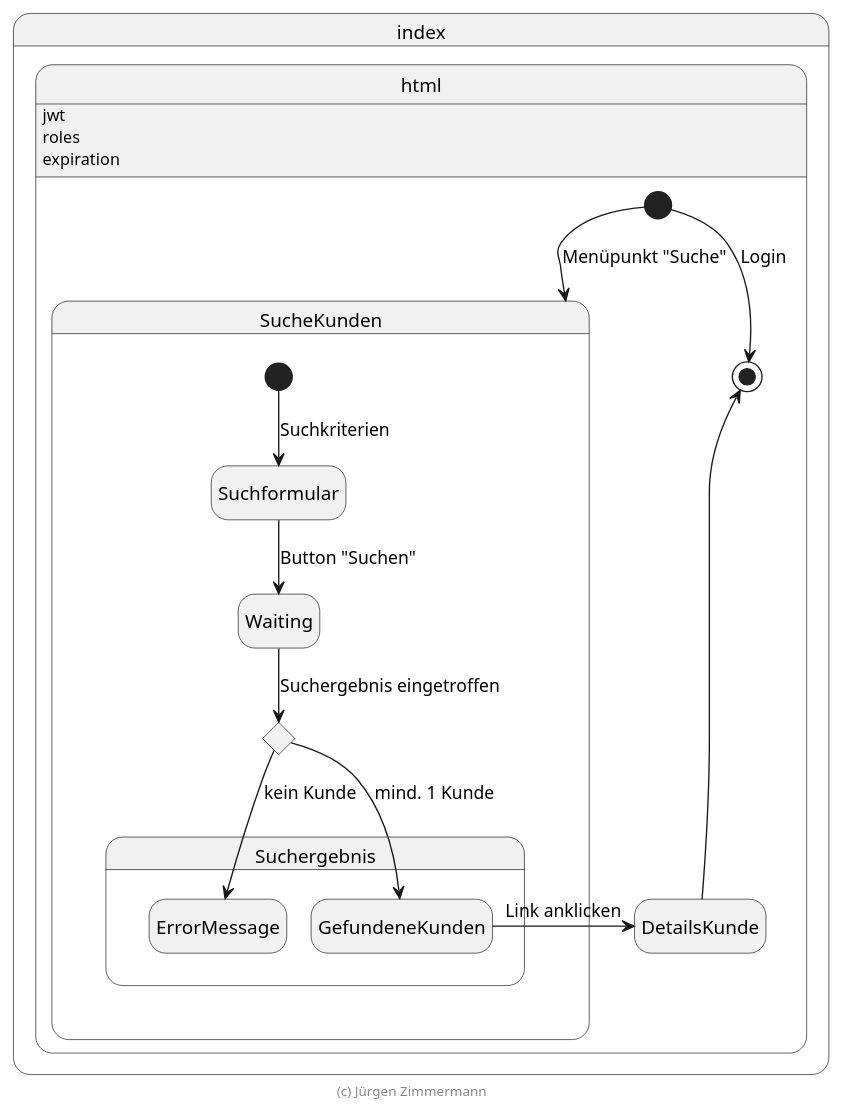
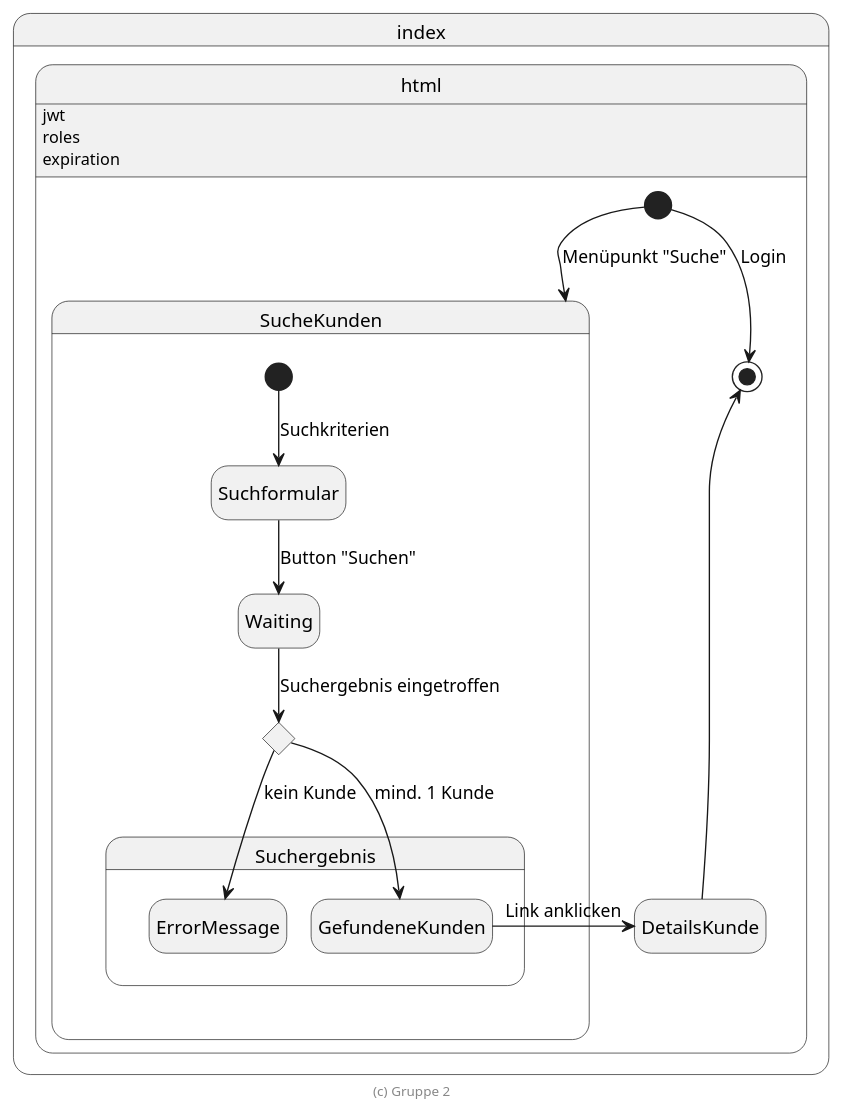
The diagram in extras/doc/page-flow-gast.zustandsdiagramm.plantuml (Wichlee/kundeweb), drawn with PlantUML before and after one commit. The commit also changed 3 other files, not shown here.

Commit message:
added diagrams for component trees

```diff
--- a/extras/doc/page-flow-gast.zustandsdiagramm.plantuml
+++ b/extras/doc/page-flow-gast.zustandsdiagramm.plantuml
@@ -20,36 +20,36 @@
 @startuml Zustandsdiagramm
 
 hide empty description
 
 state index.html {
     index.html: jwt
     index.html: roles
     index.html: expiration
 
     [*] --> [*]: Login
 
     state SucheKunden {
         [*] --> Suchformular: Suchkriterien
         Suchformular --> Waiting: Button "Suchen"
         state SuchergebnisChoice <<choice>>
         Waiting --> SuchergebnisChoice: Suchergebnis eingetroffen
 
         state Suchergebnis {
             SuchergebnisChoice --> GefundeneKunden: mind. 1 Kunde
             SuchergebnisChoice --> ErrorMessage: kein Kunde
 
             ErrorMessage -right[hidden]-> GefundeneKunden
         }
     }
 
     [*] -down-> SucheKunden: Menüpunkt "Suche"
     GefundeneKunden -right-> DetailsKunde: Link anklicken
     DetailsKunde -up-> [*]
 
     Suchergebnis -right[hidden]-> DetailsKunde
     SucheKunden -right[hidden]-> DetailsKunde
 }
 
-footer (c) Jürgen Zimmermann
+footer (c) Gruppe 2
 
 @enduml
```
